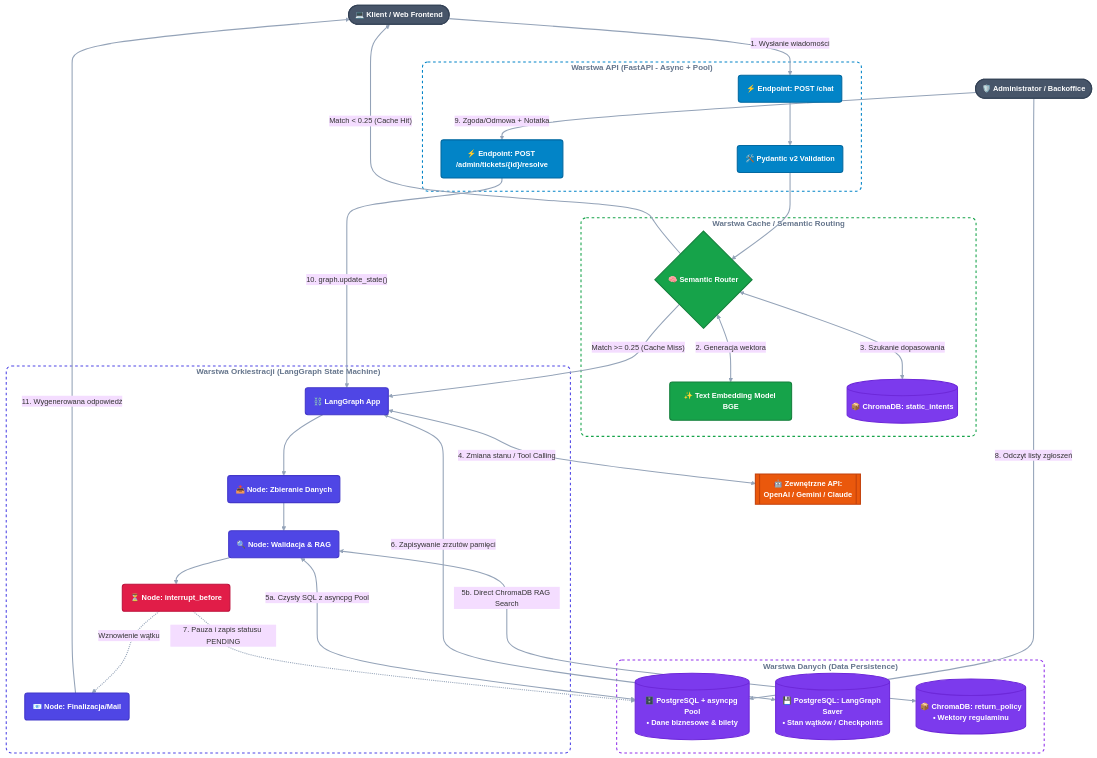
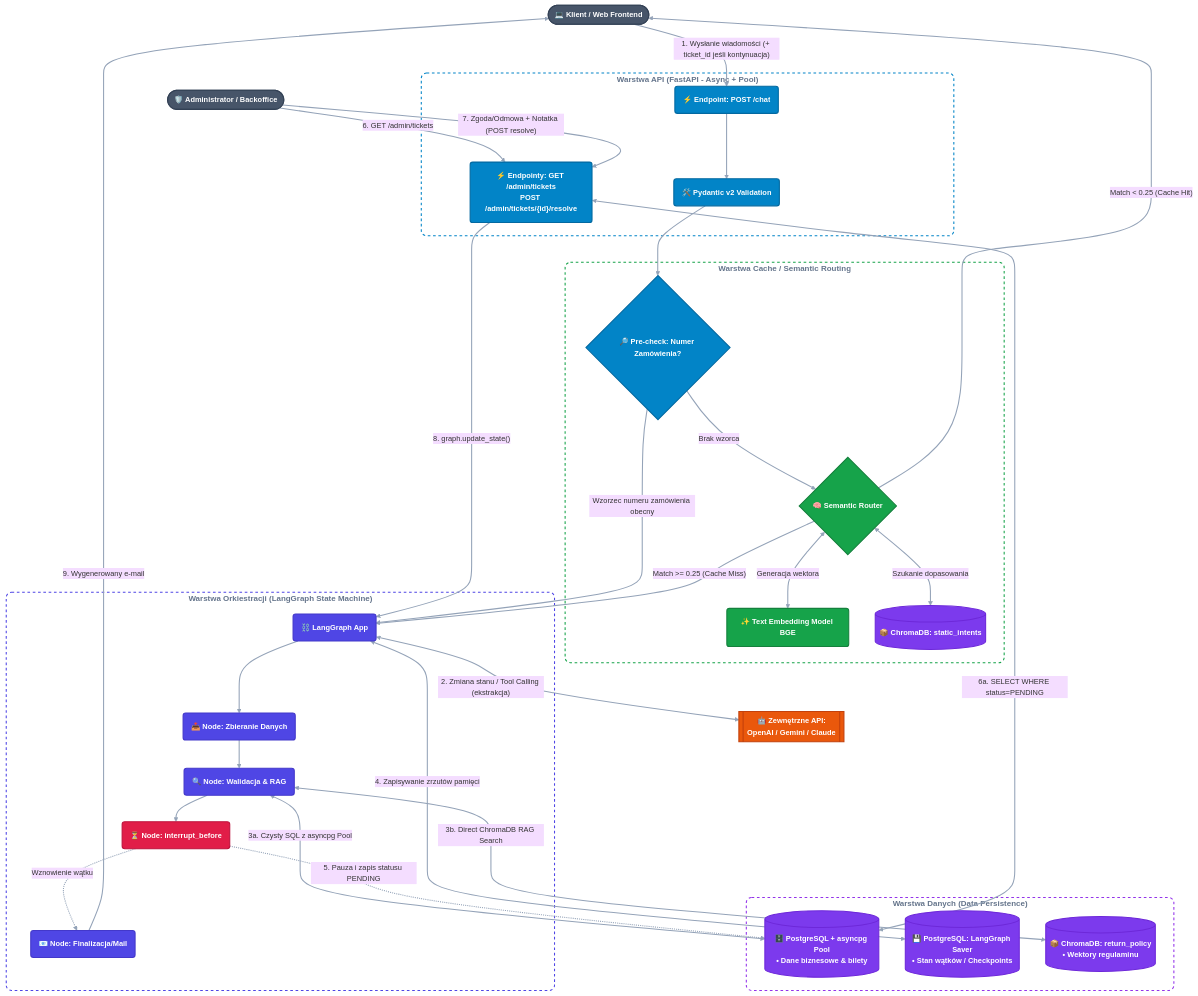
Before and after one commit to FEA-RS/Portal_zwrotow: the diagram in README.md, drawn with Mermaid. The commit also changed other lines of this file and 2 other files, not shown here.

Commit message:
fix: chnages in architecture

````diff
--- a/README.md
+++ b/README.md
@@ -49,9 +81,6 @@
   }
 }}%%
 flowchart TD
-    %% ==========================================
-    %% WARSTWA STYLOWANIA
-    %% ==========================================
     classDef actorStyle fill:#475569,stroke:#334155,stroke-width:2px,color:#ffffff,font-weight:bold,font-size:14px;
     classDef apiStyle fill:#0284c7,stroke:#0369a1,stroke-width:2px,color:#ffffff,font-weight:bold,font-size:14px;
     classDef routerStyle fill:#16a34a,stroke:#15803d,stroke-width:2px,color:#ffffff,font-weight:bold,font-size:14px;
@@ -60,40 +89,29 @@
     classDef externalStyle fill:#ea580c,stroke:#c2410c,stroke-width:2px,color:#ffffff,font-weight:bold,font-size:14px;
     classDef hitlStyle fill:#e11d48,stroke:#be123c,stroke-width:2px,color:#ffffff,font-weight:bold,font-size:14px;
 
-    %% Aktorzy
     Client(["💻 Klient / Web Frontend"])
     Admin(["🛡️ Administrator / Backoffice"])
-
     class Client,Admin actorStyle;
 
-    %% ==========================================
-    %% WARSTWA API (FastAPI)
-    %% ==========================================
     subgraph API_Layer ["<span style='font-size:15px; font-weight:bold; color:#64748b;'>Warstwa API (FastAPI - Async + Pool)</span>"]
         style API_Layer fill:none,stroke:#0284c7,stroke-width:2px,stroke-dasharray: 5 5,rx:10px
         RouterChat("⚡ Endpoint: POST /chat")
-        RouterAdmin("⚡ Endpoint: POST /admin/tickets/{id}/resolve")
+        RouterAdmin("⚡ Endpointy: GET /admin/tickets<br/>POST /admin/tickets/{id}/resolve")
         PydanticVal("🛠️ Pydantic v2 Validation")
     end
-    
     class RouterChat,RouterAdmin,PydanticVal apiStyle;
 
-    %% ==========================================
-    %% WARSTWA FILTROWANIA SEMANTYCZNEGO
-    %% ==========================================
     subgraph Router_Layer ["<span style='font-size:15px; font-weight:bold; color:#64748b;'>Warstwa Cache / Semantic Routing</span>"]
         style Router_Layer fill:none,stroke:#16a34a,stroke-width:2px,stroke-dasharray: 5 5,rx:10px
+        PreCheck{"🔎 Pre-check: Numer Zamówienia?"}
         SemRouter{"🧠 Semantic Router"}
         EmbedModel("✨ Text Embedding Model BGE")
         DBVectorIntents[("📦 ChromaDB: static_intents")]
     end
-    
+    class PreCheck apiStyle;
     class SemRouter,EmbedModel routerStyle;
     class DBVectorIntents dbStyle;
 
-    %% ==========================================
-    %% WARSTWA ORKIESTRACJI AI
-    %% ==========================================
     subgraph Graph_Layer ["<span style='font-size:15px; font-weight:bold; color:#64748b;'>Warstwa Orkiestracji (LangGraph State Machine)</span>"]
         style Graph_Layer fill:none,stroke:#4f46e5,stroke-width:2px,stroke-dasharray: 5 5,rx:10px
         Graph("⛓️ LangGraph App")
@@ -101,55 +119,49 @@
         NodeVal("🔍 Node: Walidacja & RAG")
         NodeHITL("⏳ Node: interrupt_before")
         NodeFinal("📧 Node: Finalizacja/Mail")
-        
         Graph --> NodeGather
         NodeGather --> NodeVal
         NodeVal --> NodeHITL
         NodeHITL -.->|Wznowienie wątku| NodeFinal
     end
-    
     class Graph,NodeGather,NodeVal,NodeFinal agentStyle;
     class NodeHITL hitlStyle;
 
-    %% ==========================================
-    %% WARSTWA DANYCH I PERSYSTENCJI
-    %% ==========================================
     subgraph DB_Layer ["<span style='font-size:15px; font-weight:bold; color:#64748b;'>Warstwa Danych (Data Persistence)</span>"]
         style DB_Layer fill:none,stroke:#9333ea,stroke-width:2px,stroke-dasharray: 5 5,rx:10px
         DBSQL[("🗄️ PostgreSQL + asyncpg Pool<br/>• Dane biznesowe & bilety")]
         DBCheckpoints[("💾 PostgreSQL: LangGraph Saver<br/>• Stan wątków / Checkpoints")]
         DBVectorDocs[("📦 ChromaDB: return_policy<br/>• Wektory regulaminu")]
     end
-    
     class DBSQL,DBCheckpoints,DBVectorDocs dbStyle;
 
-    %% Zewnętrzne API
     LLM[["🤖 Zewnętrzne API:<br/>OpenAI / Gemini / Claude"]]
     class LLM externalStyle;
 
-    %% ==========================================
-    %% PRZEPŁYWY DANYCH
-    %% ==========================================
-    Client -->|"1. Wysłanie wiadomości"| RouterChat
+    Client -->|"1. Wysłanie wiadomości (+ ticket_id jeśli kontynuacja)"| RouterChat
     RouterChat --> PydanticVal
-    PydanticVal --> SemRouter
-    
-    SemRouter <-->|"2. Generacja wektora"| EmbedModel
-    SemRouter <-->|"3. Szukanie dopasowania"| DBVectorIntents
-    
+    PydanticVal --> PreCheck
+
+    PreCheck -->|"Wzorzec numeru zamówienia obecny"| Graph
+    PreCheck -->|"Brak wzorca"| SemRouter
+
+    SemRouter <-->|"Generacja wektora"| EmbedModel
+    SemRouter <-->|"Szukanie dopasowania"| DBVectorIntents
+
     SemRouter -->|"Match < 0.25 (Cache Hit)"| Client
     SemRouter -->|"Match >= 0.25 (Cache Miss)"| Graph
 
-    Graph <-->|"4. Zmiana stanu / Tool Calling"| LLM
-    NodeVal <-->|"5a. Czysty SQL z asyncpg Pool"| DBSQL
-    NodeVal <-->|"5b. Direct ChromaDB RAG Search"| DBVectorDocs
-    Graph <-->|"6. Zapisywanie zrzutów pamięci"| DBCheckpoints
+    Graph <-->|"2. Zmiana stanu / Tool Calling (ekstrakcja)"| LLM
+    NodeVal <-->|"3a. Czysty SQL z asyncpg Pool"| DBSQL
+    NodeVal <-->|"3b. Direct ChromaDB RAG Search"| DBVectorDocs
+    Graph <-->|"4. Zapisywanie zrzutów pamięci"| DBCheckpoints
 
-    NodeHITL -.->|"7. Pauza i zapis statusu PENDING"| DBSQL
-    Admin -->|"8. Odczyt listy zgłoszeń"| DBSQL
-    Admin -->|"9. Zgoda/Odmowa + Notatka"| RouterAdmin
-    RouterAdmin -->|"10. graph.update_state()"| Graph
-    NodeFinal -->|"11. Wygenerowana odpowiedź"| Client
+    NodeHITL -.->|"5. Pauza i zapis statusu PENDING"| DBSQL
+    Admin -->|"6. GET /admin/tickets"| RouterAdmin
+    RouterAdmin <-->|"6a. SELECT WHERE status=PENDING"| DBSQL
+    Admin -->|"7. Zgoda/Odmowa + Notatka (POST resolve)"| RouterAdmin
+    RouterAdmin -->|"8. graph.update_state()"| Graph
+    NodeFinal -->|"9. Wygenerowany e-mail"| Client
 
     linkStyle default stroke:#94a3b8,stroke-width:2px;
 ```
````
